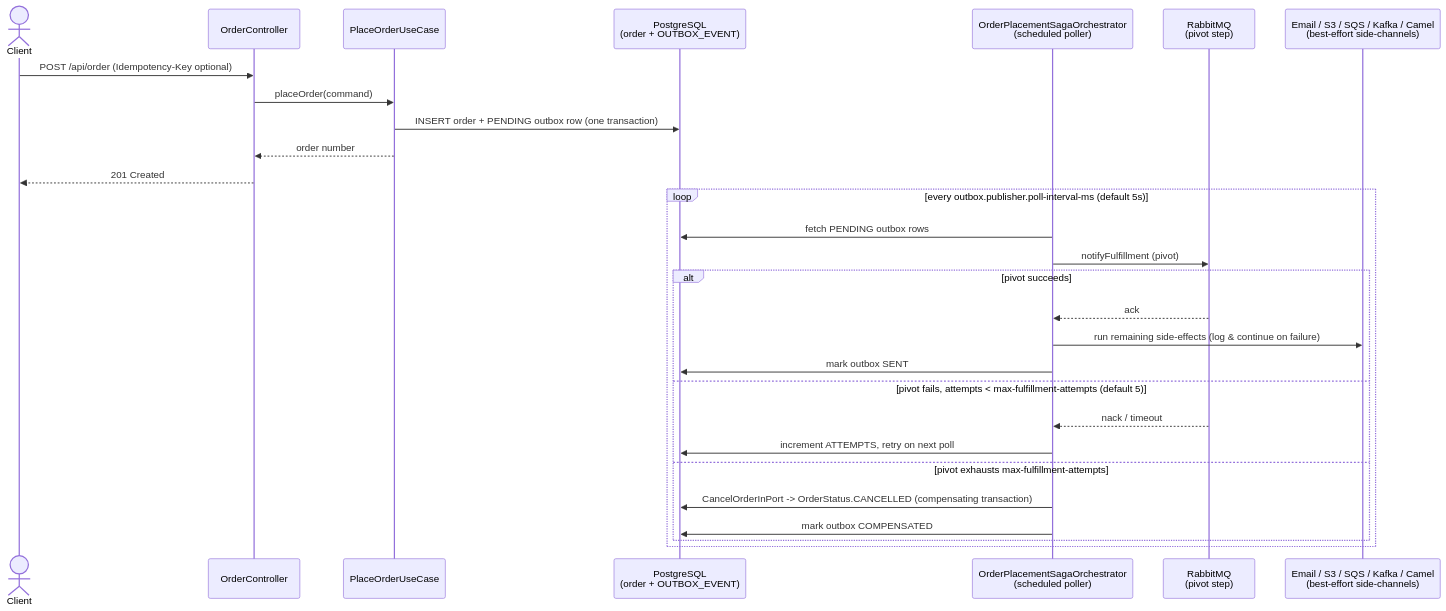
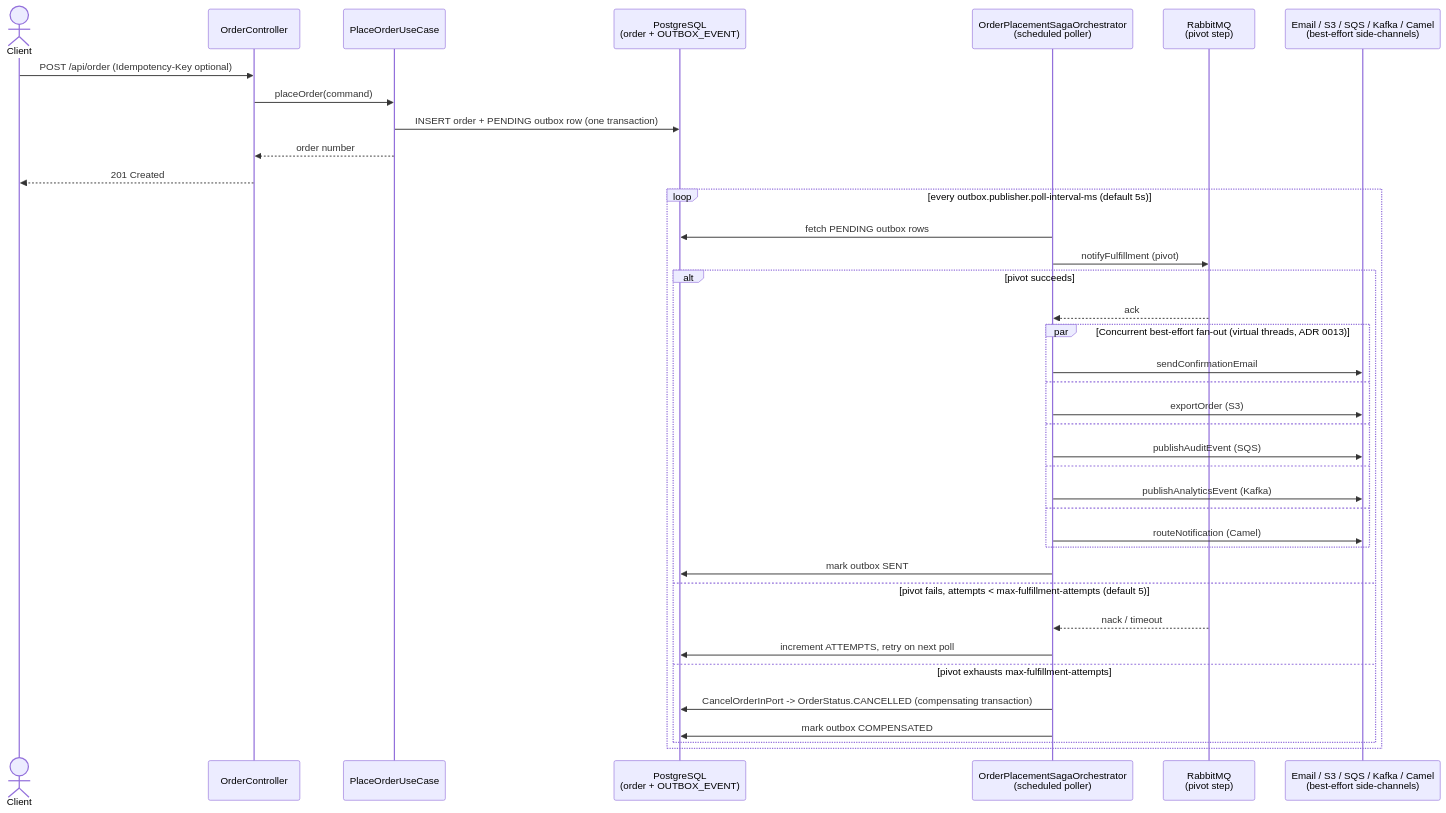
One commit to chrobakpiotr/showcase-application changed the fourth of 4 diagrams in docs/architecture/README.md. Above: the diagram before and after it, drawn with Mermaid. The commit also changed other lines of this file and 8 other files, not shown here.

````diff
--- a/docs/architecture/README.md
+++ b/docs/architecture/README.md
@@ -136,32 +136,42 @@
 ```mermaid
 sequenceDiagram
     actor Client
     participant API as OrderController
     participant UseCase as PlaceOrderUseCase
     participant DB as PostgreSQL<br/>(order + OUTBOX_EVENT)
     participant Saga as OrderPlacementSagaOrchestrator<br/>(scheduled poller)
     participant MQ as RabbitMQ<br/>(pivot step)
     participant BestEffort as Email / S3 / SQS / Kafka / Camel<br/>(best-effort side-channels)
 
     Client ->> API: POST /api/order (Idempotency-Key optional)
     API ->> UseCase: placeOrder(command)
     UseCase ->> DB: INSERT order + PENDING outbox row (one transaction)
     UseCase -->> API: order number
     API -->> Client: 201 Created
 
     loop every outbox.publisher.poll-interval-ms (default 5s)
         Saga ->> DB: fetch PENDING outbox rows
         Saga ->> MQ: notifyFulfillment (pivot)
         alt pivot succeeds
             MQ -->> Saga: ack
-            Saga ->> BestEffort: run remaining side-effects (log & continue on failure)
+            par Concurrent best-effort fan-out (virtual threads, ADR 0013)
+                Saga ->> BestEffort: sendConfirmationEmail
+            and
+                Saga ->> BestEffort: exportOrder (S3)
+            and
+                Saga ->> BestEffort: publishAuditEvent (SQS)
+            and
+                Saga ->> BestEffort: publishAnalyticsEvent (Kafka)
+            and
+                Saga ->> BestEffort: routeNotification (Camel)
+            end
             Saga ->> DB: mark outbox SENT
         else pivot fails, attempts < max-fulfillment-attempts (default 5)
             MQ -->> Saga: nack / timeout
             Saga ->> DB: increment ATTEMPTS, retry on next poll
         else pivot exhausts max-fulfillment-attempts
             Saga ->> DB: CancelOrderInPort -> OrderStatus.CANCELLED (compensating transaction)
             Saga ->> DB: mark outbox COMPENSATED
         end
     end
 ```
````
